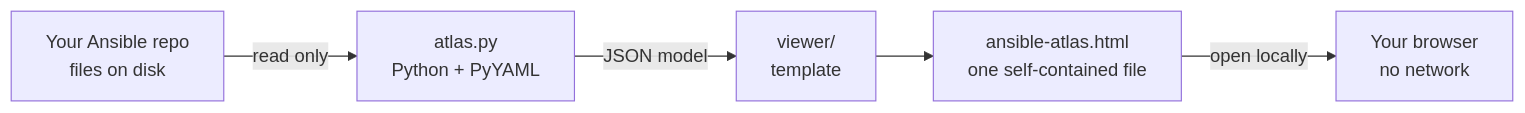
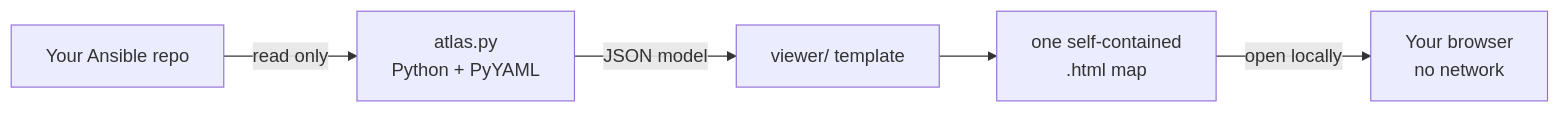
Before and after one commit to Aaronarphaxad/ansible-atlas: the diagram in README.md, drawn with Mermaid. The commit also changed other lines of this file and 2 other files, not shown here.

````diff
--- a/README.md
+++ b/README.md
@@ -130,7 +109,7 @@
 ```mermaid
 flowchart LR
-  A[Your Ansible repo<br/>files on disk] -->|read only| B[atlas.py<br/>Python + PyYAML]
-  B -->|JSON model| C[viewer/<br/>template]
-  C --> D[ansible-atlas.html<br/>one self-contained file]
-  D -->|open locally| F[Your browser<br/>no network]
+  A[Your Ansible repo] -->|read only| B[atlas.py<br/>Python + PyYAML]
+  B -->|JSON model| C[viewer/ template]
+  C --> D[one self-contained<br/>.html map]
+  D -->|open locally| E[Your browser<br/>no network]
 ```
````
